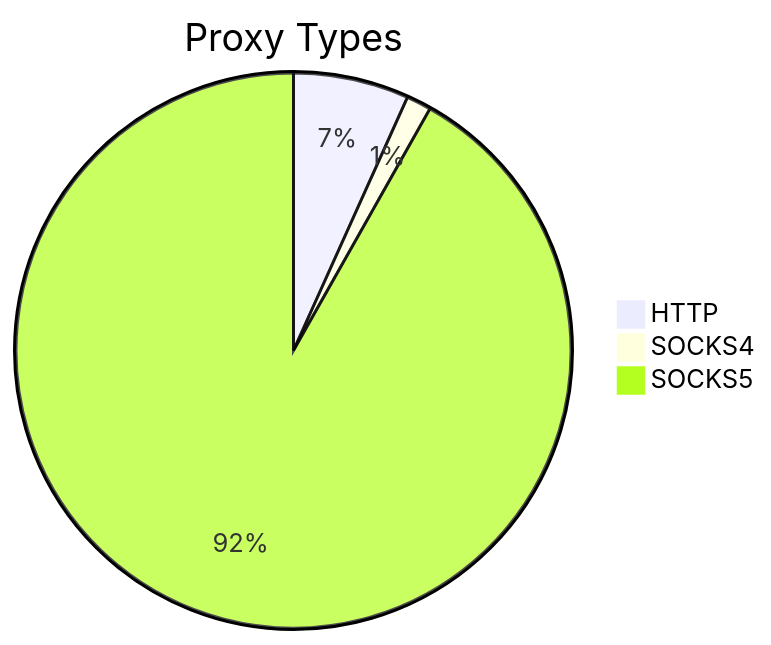
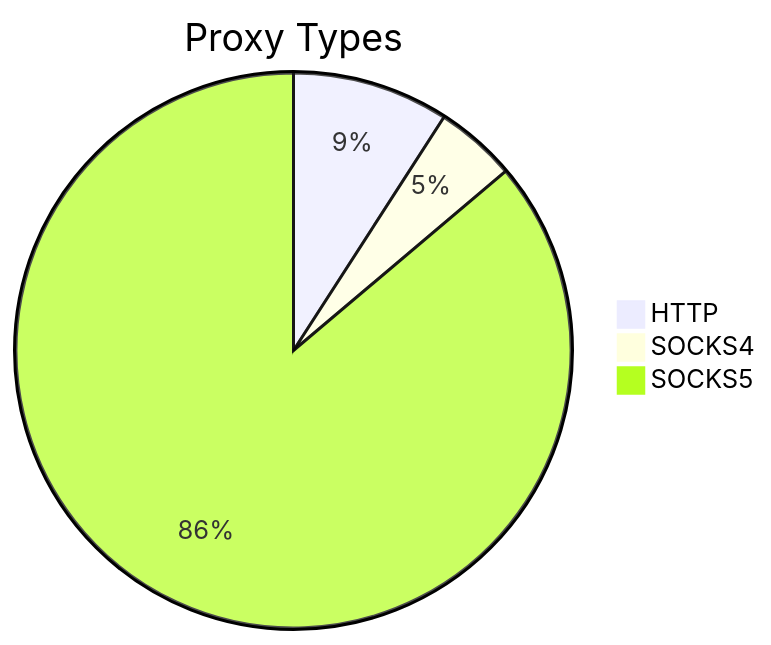
Before and after one commit to stormsia/proxy-list: the first of 2 diagrams in README.md, drawn with Mermaid. The commit also changed other lines of this file, not shown here.

````diff
--- a/README.md
+++ b/README.md
@@ -21,6 +21,6 @@
 ```mermaid
 pie title Proxy Types
-    "HTTP" : 144
-    "SOCKS4" : 31
-    "SOCKS5" : 1964
+    "HTTP" : 346
+    "SOCKS4" : 179
+    "SOCKS5" : 3270
 ```
````
